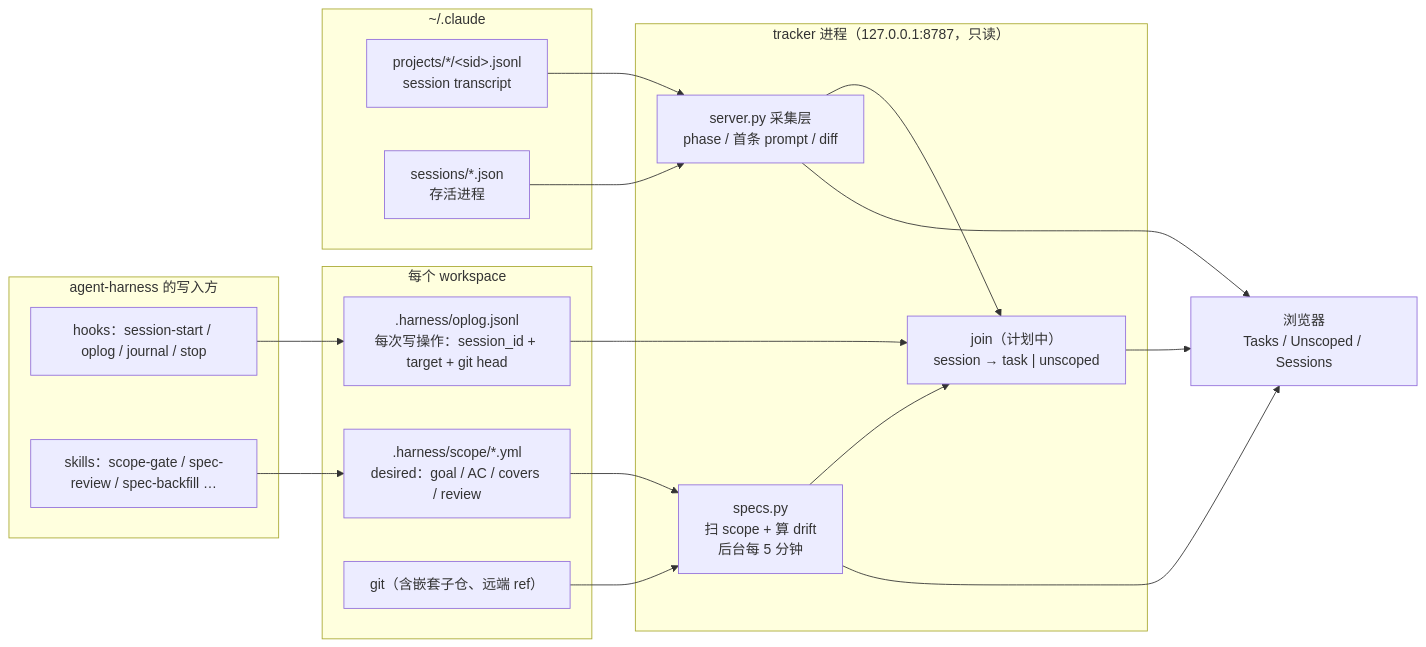
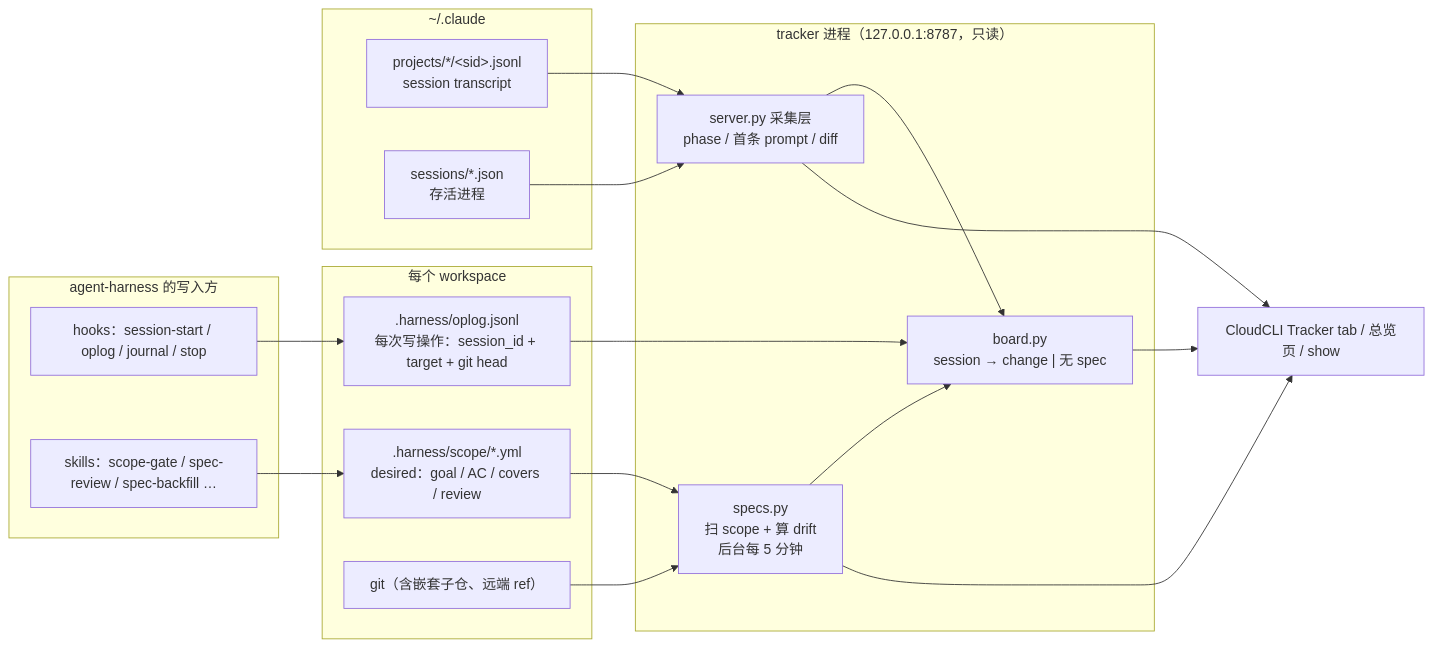
The first of 2 diagrams in tracker/README.md (shaorui0/agent-harness), drawn with Mermaid before and after one commit. The commit also changed other lines of this file and 20 other files, not shown here.

First line of the commit message:
tracker v3: workspace→session→任务看板，OpenSpec 进度 + 手动摘要 + CloudCLI 插件

````diff
--- a/tracker/README.md
+++ b/tracker/README.md
@@ -42,35 +55,35 @@
 ```mermaid
 flowchart LR
   subgraph WS["每个 workspace"]
     SC[".harness/scope/*.yml<br/>desired：goal / AC / covers / review"]
     OP[".harness/oplog.jsonl<br/>每次写操作：session_id + target + git head"]
     GIT["git（含嵌套子仓、远端 ref）"]
   end
   subgraph CC["~/.claude"]
     TR["projects/*/&lt;sid&gt;.jsonl<br/>session transcript"]
     PID["sessions/*.json<br/>存活进程"]
   end
   subgraph HOOKS["agent-harness 的写入方"]
     HK["hooks：session-start / oplog / journal / stop"]
     SK["skills：scope-gate / spec-review / spec-backfill …"]
   end
   subgraph TRK["tracker 进程（127.0.0.1:8787，只读）"]
     SP["specs.py<br/>扫 scope + 算 drift<br/>后台每 5 分钟"]
     SE["server.py 采集层<br/>phase / 首条 prompt / diff"]
-    JN["join（计划中）<br/>session → task | unscoped"]
+    JN["board.py<br/>session → change | 无 spec"]
   end
-  UI["浏览器<br/>Tasks / Unscoped / Sessions"]
+  UI["CloudCLI Tracker tab / 总览页 / show"]
 
   HK --> OP
   SK --> SC
   SC --> SP
   GIT --> SP
   TR --> SE
   PID --> SE
   OP --> JN
   SP --> JN
   SE --> JN
   JN --> UI
   SE --> UI
   SP --> UI
 ```
````
